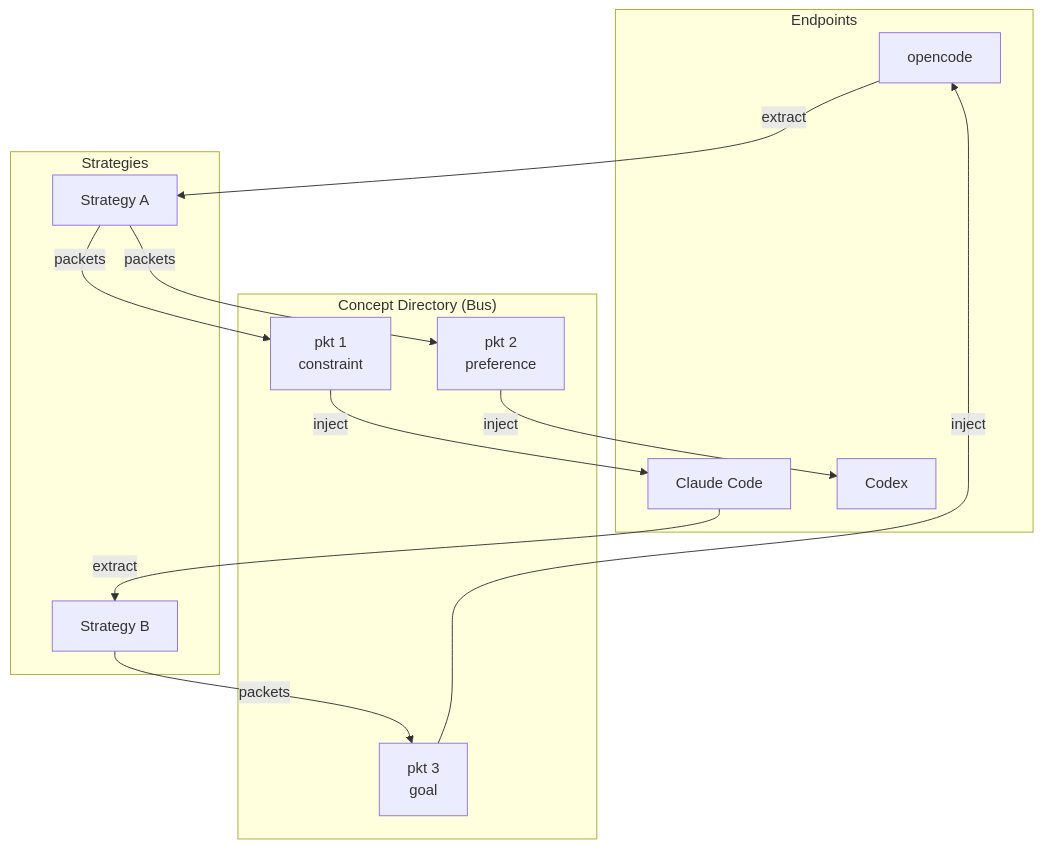
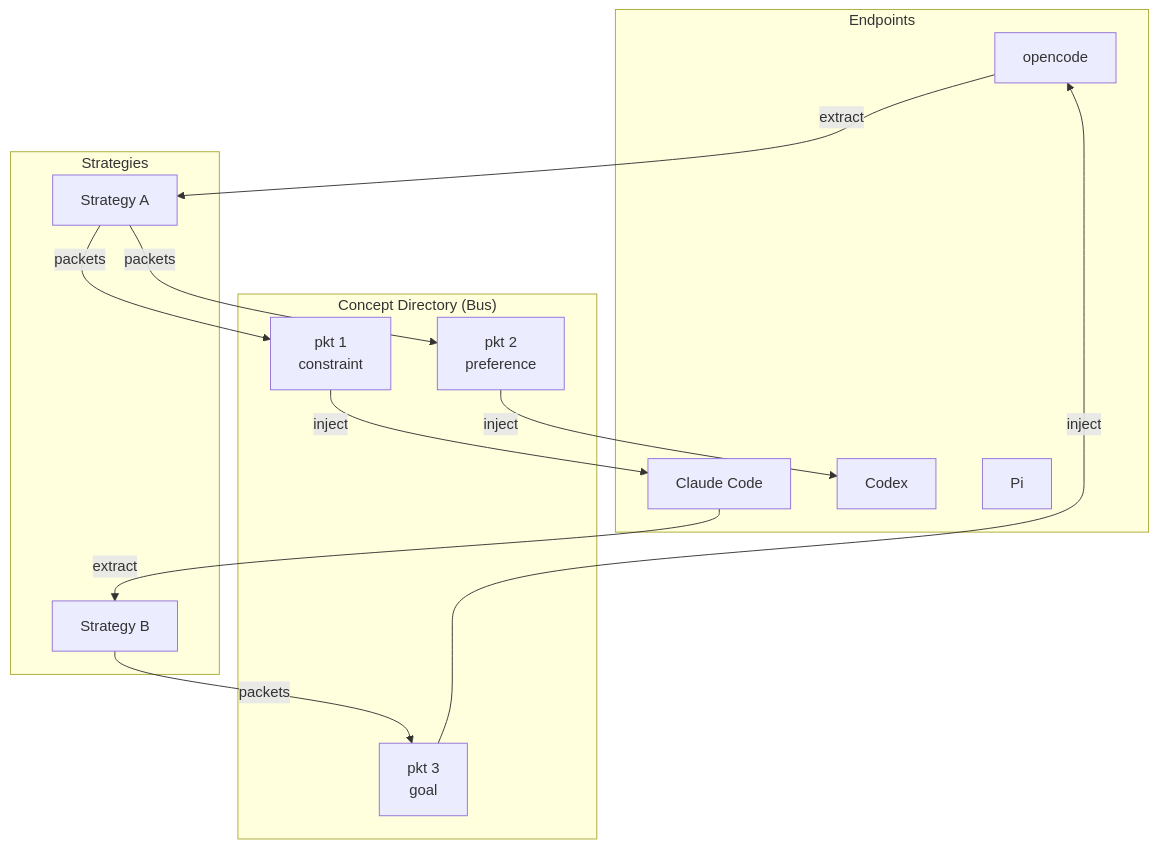
The second of 2 diagrams in README.md (day50-dev/ctools), drawn with Mermaid before and after one commit. The commit also changed other lines of this file and 9 other files, not shown here.

````diff
--- a/README.md
+++ b/README.md
@@ -111,28 +113,29 @@
 ```mermaid
 graph TB
     subgraph Endpoints
         OC[opencode]
         CC[Claude Code]
         CX[Codex]
+        PI[Pi]
     end
 
     subgraph "Concept Directory (Bus)"
         P1["pkt 1<br/>constraint"]
         P2["pkt 2<br/>preference"]
         P3["pkt 3<br/>goal"]
     end
 
     subgraph Strategies
         SA["Strategy A"]
         SB["Strategy B"]
     end
 
     OC -->|"extract"| SA
     CC -->|"extract"| SB
     SA -->|"packets"| P1
     SA -->|"packets"| P2
     SB -->|"packets"| P3
     P1 -->|"inject"| CC
     P2 -->|"inject"| CX
     P3 -->|"inject"| OC
 ```
````
